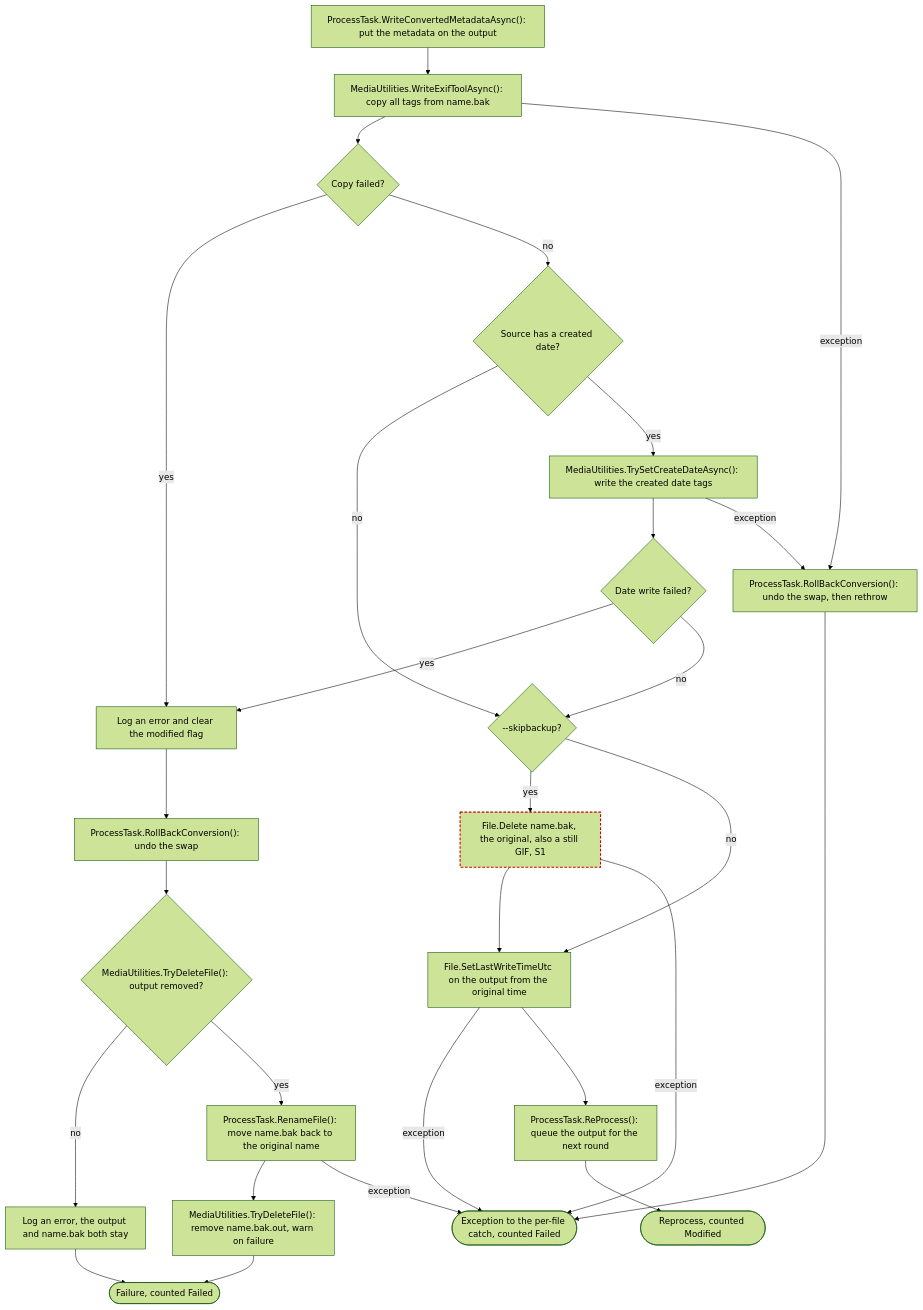
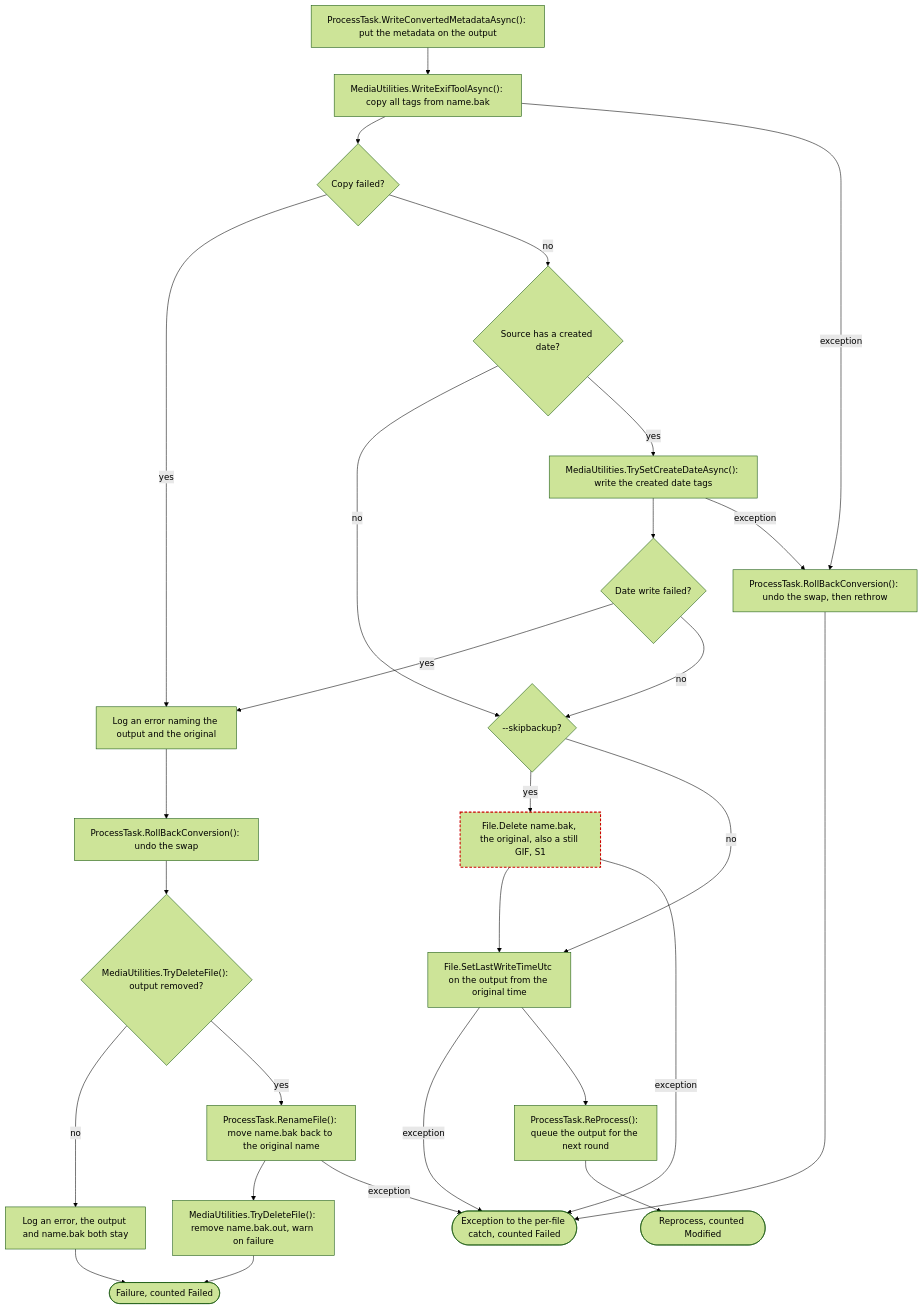
The ninth of 23 diagrams in ARCHITECTURE.md (ptr727/PhotoCleaner), drawn with Mermaid (forest theme) before and after one commit. The commit also changed other lines of this file and 2 other files, not shown here.

Commit message:
Correct the Backup Exceptions and the Live Photo Step Prose
Name every change that takes no backup, drop a flag write that nothing
reads, and say that every file reaches the Live Photo step.

````diff
--- a/ARCHITECTURE.md
+++ b/ARCHITECTURE.md
@@ -553,44 +553,44 @@
 ```mermaid
 flowchart TD
   w0["ProcessTask.WriteConvertedMetadataAsync(): put the metadata on the output"]
   w1["MediaUtilities.WriteExifToolAsync(): copy all tags from name.bak"]
   w2{"Copy failed?"}
   w3{"Source has a created date?"}
   w4["MediaUtilities.TrySetCreateDateAsync(): write the created date tags"]
   w5{"Date write failed?"}
   wx["ProcessTask.RollBackConversion(): undo the swap, then rethrow"]
   wxEnd(["Exception to the per-file catch, counted Failed"])
-  f0["Log an error and clear the modified flag"]
+  f0["Log an error naming the output and the original"]
   rb["ProcessTask.RollBackConversion(): undo the swap"]
   rb1{"MediaUtilities.TryDeleteFile(): output removed?"}
   rbKeep["Log an error, the output and name.bak both stay"]
   rb2["ProcessTask.RenameFile(): move name.bak back to the original name"]
   rb3["MediaUtilities.TryDeleteFile(): remove name.bak.out, warn on failure"]
   failEnd(["Failure, counted Failed"])
   sb{"--skipbackup?"}
   delOrig["File.Delete name.bak, the original, also a still GIF, S1"]:::suspect
   stamp["File.SetLastWriteTimeUtc on the output from the original time"]
   rq["ProcessTask.ReProcess(): queue the output for the next round"]
   rqEnd(["Reprocess, counted Modified"])
 
   w0 --> w1 --> w2
   w1 -->|"exception"| wx
   w2 -->|"yes"| f0
   w2 -->|"no"| w3
   w3 -->|"no"| sb
   w3 -->|"yes"| w4 --> w5
   w4 -->|"exception"| wx
   w5 -->|"yes"| f0
   w5 -->|"no"| sb
   wx --> wxEnd
   f0 --> rb --> rb1
   rb1 -->|"no"| rbKeep --> failEnd
   rb1 -->|"yes"| rb2 --> rb3 --> failEnd
   rb2 -->|"exception"| wxEnd
   sb -->|"yes"| delOrig --> stamp
   sb -->|"no"| stamp
   delOrig -->|"exception"| wxEnd
   stamp -->|"exception"| wxEnd
   stamp --> rq --> rqEnd
   classDef suspect stroke:#c00,stroke-width:2px,stroke-dasharray:5 3
 ```
````
